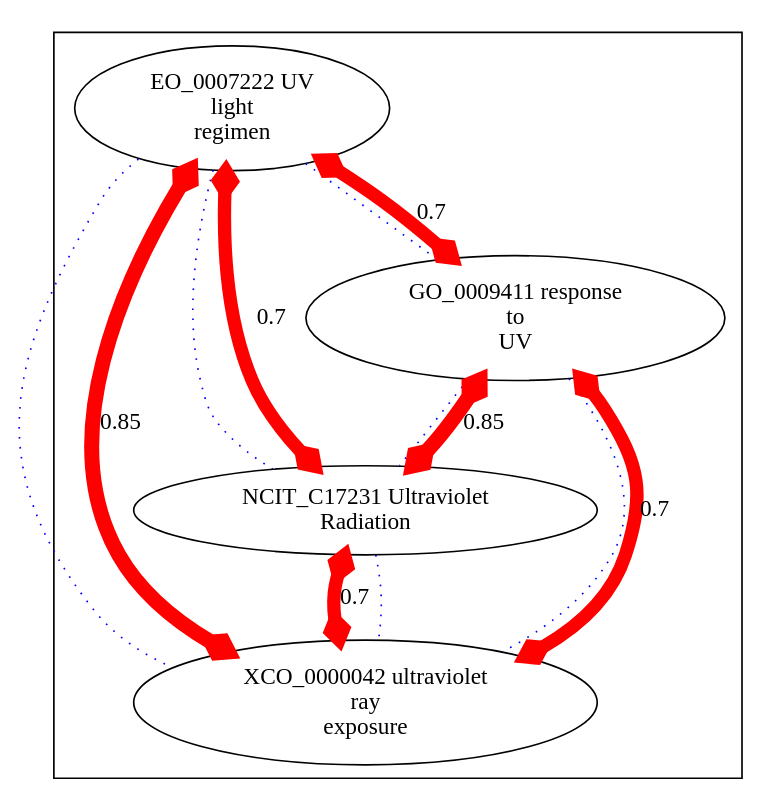
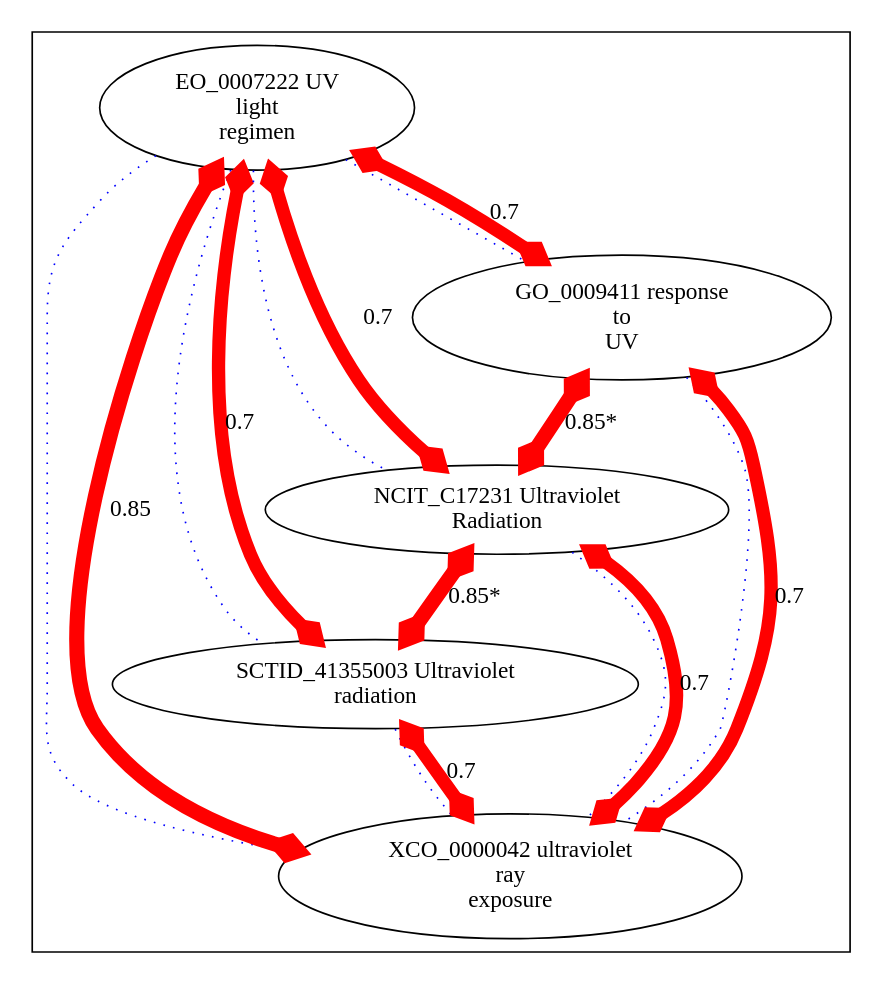
The diagram in target/img-XCO_0000042.dot (cmungall/radiation-ontology), drawn with Graphviz before and after one commit. The commit also changed 25 other files, not shown here.

```diff
--- a/target/img-XCO_0000042.dot
+++ b/target/img-XCO_0000042.dot
@@ -1,35 +1,45 @@
 digraph cliquegraph {
 subgraph cluster_XCO_0000042 {XCO_0000042 [ label="XCO_0000042 ultraviolet
 ray
 exposure" ];
+SCTID_41355003 [ label="SCTID_41355003 Ultraviolet
+radiation" ];
 NCIT_C17231 [ label="NCIT_C17231 Ultraviolet
 Radiation" ];
 GO_0009411 [ label="GO_0009411 response
 to
 UV" ];
 EO_0007222 [ label="EO_0007222 UV
 light
 regimen" ];}
-GO_0009411 -> NCIT_C17231 [ arrowhead = none, penwidth=1, color=blue, label="", style=dotted]
+NCIT_C17231 -> XCO_0000042 [ arrowhead = none, penwidth=1, color=blue, label="", style=dotted]
+
+EO_0007222 -> SCTID_41355003 [ arrowhead = none, penwidth=1, color=blue, label="", style=dotted]
+
+SCTID_41355003 -> XCO_0000042 [ arrowhead = none, penwidth=1, color=blue, label="", style=dotted]
+
+EO_0007222 -> NCIT_C17231 [ arrowhead = none, penwidth=1, color=blue, label="", style=dotted]
 
 EO_0007222 -> GO_0009411 [ arrowhead = none, penwidth=1, color=blue, label="", style=dotted]
 
-NCIT_C17231 -> XCO_0000042 [ arrowhead = none, penwidth=1, color=blue, label="", style=dotted]
-
 GO_0009411 -> XCO_0000042 [ arrowhead = none, penwidth=1, color=blue, label="", style=dotted]
 
-EO_0007222 -> NCIT_C17231 [ arrowhead = none, penwidth=1, color=blue, label="", style=dotted]
-
 EO_0007222 -> XCO_0000042 [ arrowhead = none, penwidth=1, color=blue, label="", style=dotted]
-GO_0009411 -> NCIT_C17231 [ arrowhead = ediamond, penwidth=9, color=red, label="0.85", style=solid, arrowtail=ediamond, dir=both]
+GO_0009411 -> NCIT_C17231 [ arrowhead = ediamond, penwidth=9, color=red, label="0.85*", style=solid, arrowtail=ediamond, dir=both]
 
 GO_0009411 -> XCO_0000042 [ arrowhead = ediamond, penwidth=8, color=red, label="0.7", style=solid, arrowtail=ediamond, dir=both]
 
+SCTID_41355003 -> XCO_0000042 [ arrowhead = ediamond, penwidth=8, color=red, label="0.7", style=solid, arrowtail=ediamond, dir=both]
+
 EO_0007222 -> XCO_0000042 [ arrowhead = ediamond, penwidth=9, color=red, label="0.85", style=solid, arrowtail=ediamond, dir=both]
+
+NCIT_C17231 -> SCTID_41355003 [ arrowhead = ediamond, penwidth=9, color=red, label="0.85*", style=solid, arrowtail=ediamond, dir=both]
 
 NCIT_C17231 -> XCO_0000042 [ arrowhead = ediamond, penwidth=8, color=red, label="0.7", style=solid, arrowtail=ediamond, dir=both]
 
-EO_0007222 -> GO_0009411 [ arrowhead = ediamond, penwidth=8, color=red, label="0.7", style=solid, arrowtail=ediamond, dir=both]
+EO_0007222 -> SCTID_41355003 [ arrowhead = ediamond, penwidth=8, color=red, label="0.7", style=solid, arrowtail=ediamond, dir=both]
 
 EO_0007222 -> NCIT_C17231 [ arrowhead = ediamond, penwidth=8, color=red, label="0.7", style=solid, arrowtail=ediamond, dir=both]
+
+EO_0007222 -> GO_0009411 [ arrowhead = ediamond, penwidth=8, color=red, label="0.7", style=solid, arrowtail=ediamond, dir=both]
 }
```
